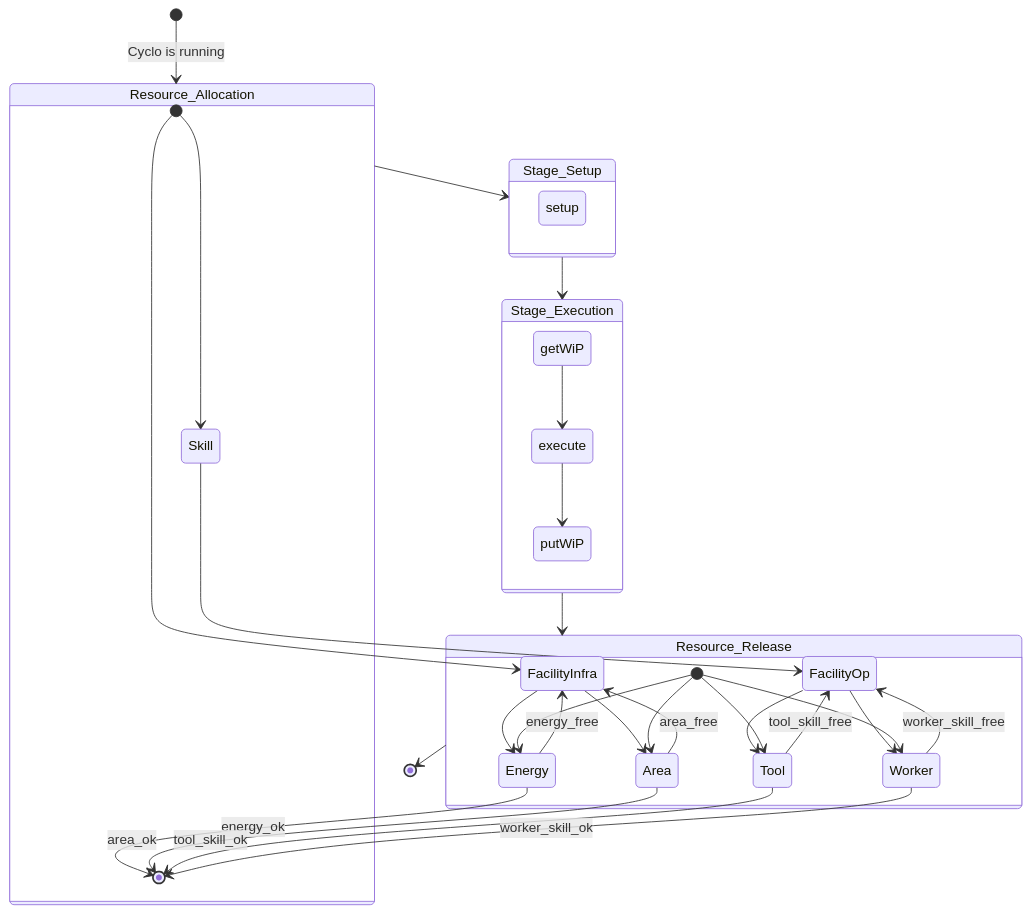
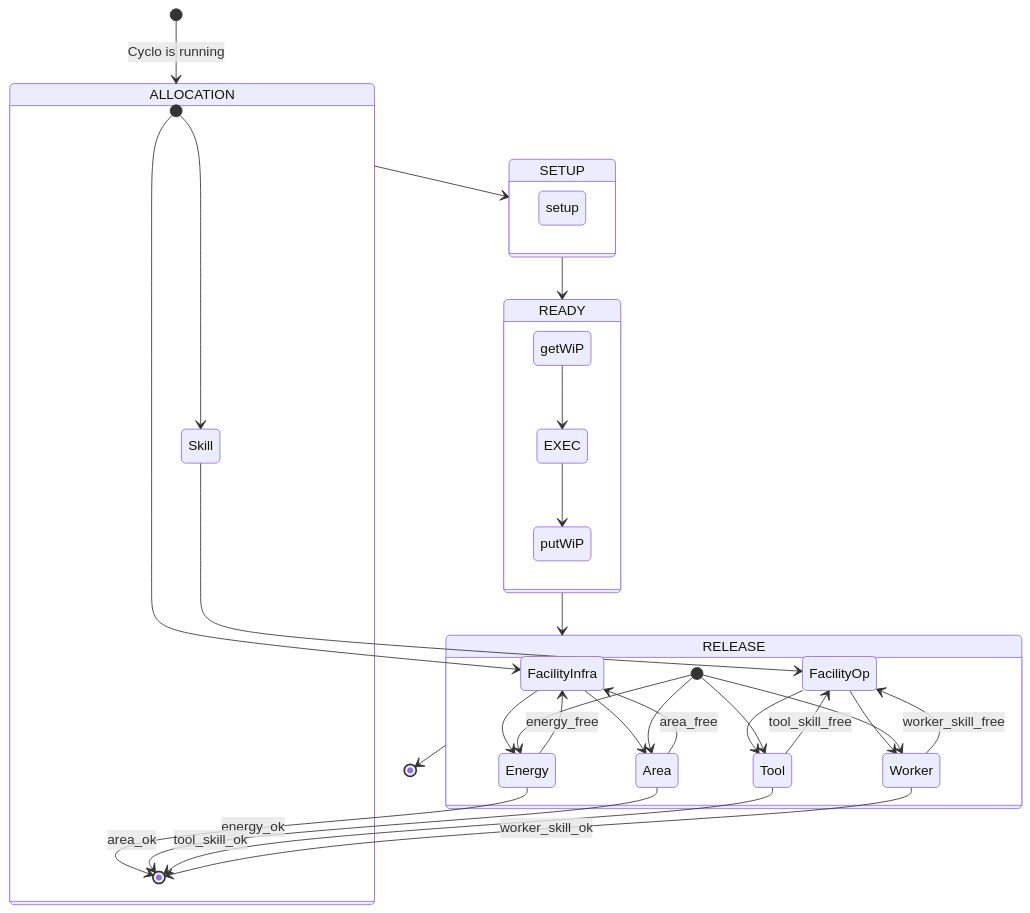
Before and after one commit to bampli/specs: the second of 2 diagrams in content/docs/cyclo/stage.md, drawn with Mermaid. The commit also changed other lines of this file, not shown here.

```diff
--- a/content/docs/cyclo/stage.md
+++ b/content/docs/cyclo/stage.md
@@ -79,39 +79,39 @@
 {{< mermaid >}}
 stateDiagram
-    [*] --> Resource_Allocation : Cyclo is running
-    Resource_Allocation --> Stage_Setup
-    Stage_Setup --> Stage_Execution
-    Stage_Execution --> Resource_Release
-    Resource_Release --> [*]
-    state Resource_Allocation {
+    [*] --> ALLOCATION : Cyclo is running
+    ALLOCATION --> SETUP
+    SETUP --> READY
+    READY --> RELEASE
+    RELEASE --> [*]
+    state ALLOCATION {
         [*] --> FacilityInfra
         [*] --> Skill
         FacilityInfra --> Energy
         FacilityInfra --> Area
         Energy --> [*] : energy_ok
         Area --> [*] : area_ok
         Skill --> FacilityOp
         FacilityOp --> Tool
         Tool --> [*] : tool_skill_ok
         FacilityOp --> Worker
         Worker --> [*] : worker_skill_ok
     }
-    state Stage_Setup {
+    state SETUP {
         setup
     }
-    state Stage_Execution {
-        getWiP --> execute
-        execute --> putWiP
+    state READY {
+        getWiP --> EXEC
+        EXEC --> putWiP
         putWiP
     }
-    state Resource_Release {
+    state RELEASE {
         [*] --> Area
         Area --> FacilityInfra : area_free
         [*] --> Energy
         Energy --> FacilityInfra : energy_free
         [*] --> Tool
         Tool --> FacilityOp : tool_skill_free
         [*] --> Worker
         Worker --> FacilityOp : worker_skill_free
     }
 {{< /mermaid >}}
```
